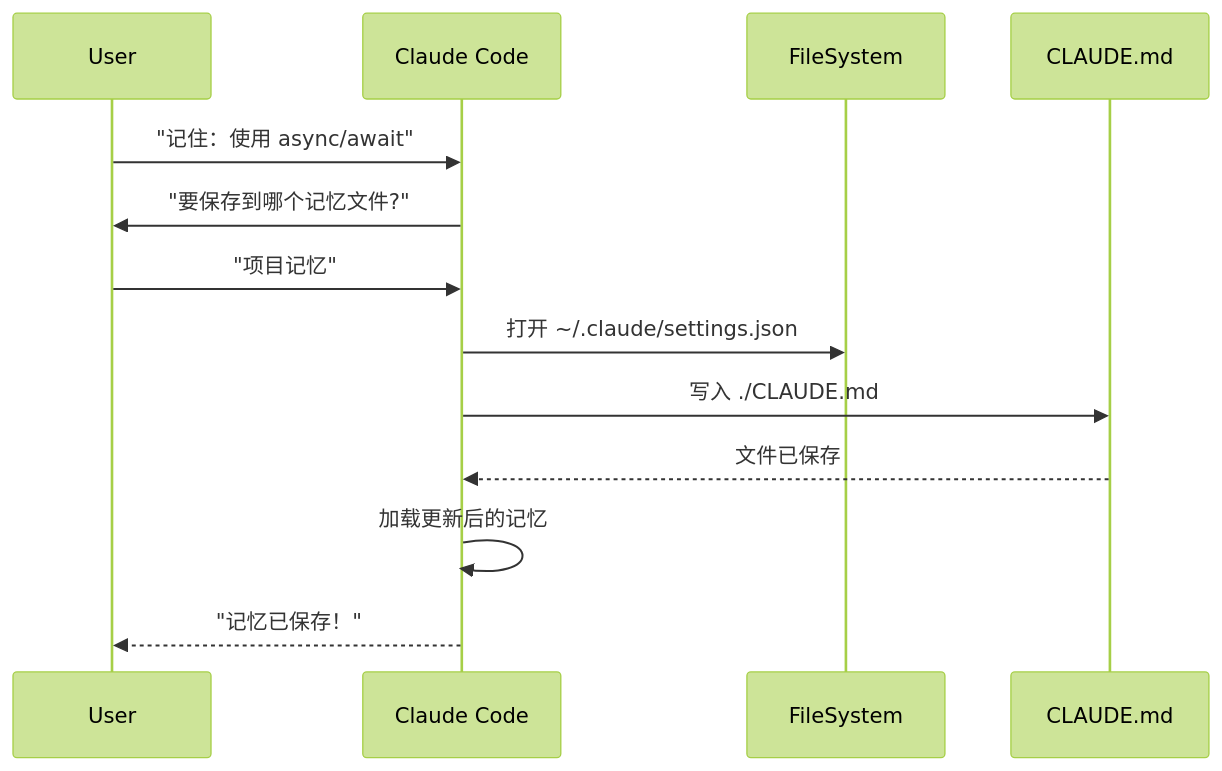
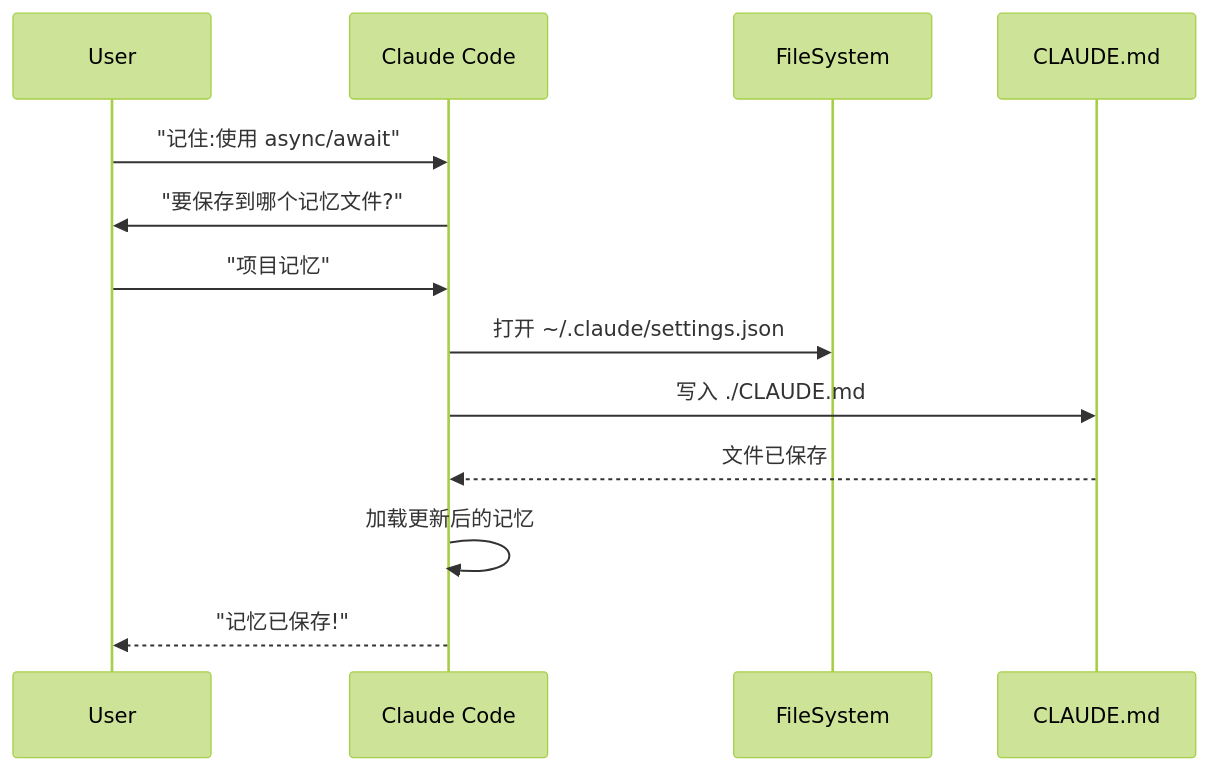
One commit to Rx782-Fss/claude-howto-zh changed the third of 4 diagrams in 02-memory/README.md. Above: the diagram before and after it, drawn with Mermaid (forest theme). The commit also changed 6 other files, not shown here.

Commit message:
fix: 清除 Mermaid 内所有全角标点/emoji/<br/> (最终修复)

````diff
--- a/02-memory/README.md
+++ b/02-memory/README.md
@@ -341,16 +341,16 @@
 ```mermaid
 sequenceDiagram
     participant User
     participant Claude as Claude Code
     participant Editor as FileSystem
     participant Memory as CLAUDE.md
 
-    User->>Claude: "记住：使用 async/await"
+    User->>Claude: "记住:使用 async/await"
     Claude->>User: "要保存到哪个记忆文件?"
     User->>Claude: "项目记忆"
     Claude->>Editor: 打开 ~/.claude/settings.json
     Claude->>Memory: 写入 ./CLAUDE.md
     Memory-->>Claude: 文件已保存
     Claude->>Claude: 加载更新后的记忆
-    Claude-->>User: "记忆已保存！"
+    Claude-->>User: "记忆已保存!"
 ```
````
